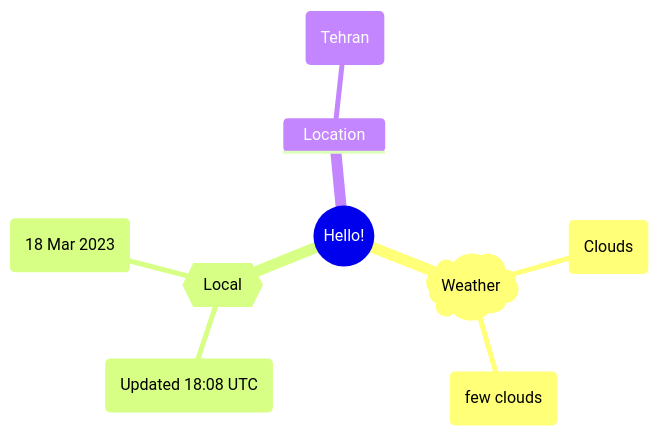
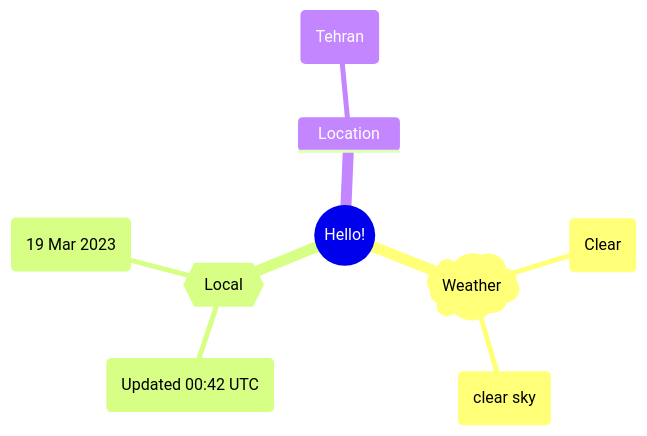
Before and after one commit to Xosrov/Xosrov: the first of 2 diagrams in README.md, drawn with Mermaid.

Commit message:
[bot] updated images

````diff
--- a/README.md
+++ b/README.md
@@ -3,12 +3,12 @@
 ```mermaid
 mindmap
   root((Hello!))
     )Weather(
-        (Clouds)
-        (few clouds)
+        (Clear)
+        (clear sky)
     {{Local}}
-        (Updated 18:08 UTC)
-        (18 Mar 2023)
+        (Updated 00:42 UTC)
+        (19 Mar 2023)
     Location
         (Tehran)
 ```
````
